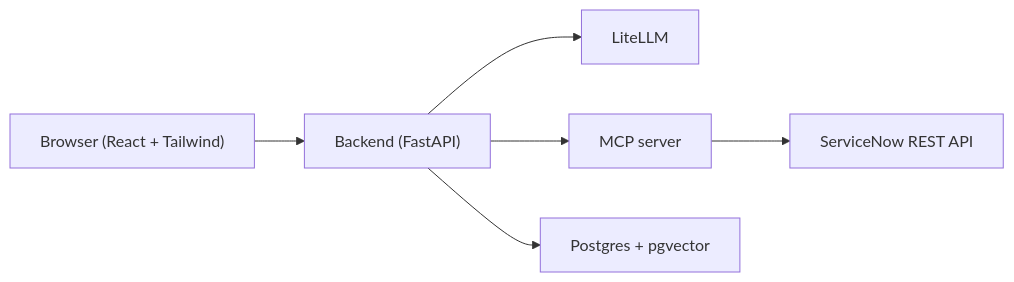
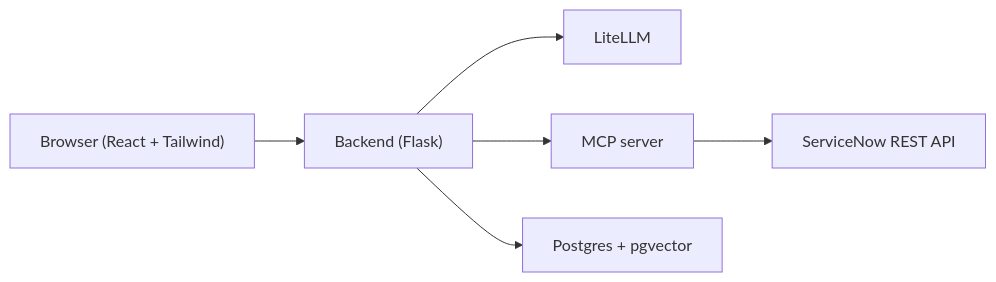
Before and after one commit to karastoyanov/InstanceMate: the diagram in README.md, drawn with Mermaid. The commit also changed other lines of this file and 1 other file, not shown here.

Commit message:
docs: switch planned backend from FastAPI to Flask (#4)

````diff
--- a/README.md
+++ b/README.md
@@ -7,15 +7,15 @@
 ```mermaid
 flowchart LR
     Browser["Browser (React + Tailwind)"]
-    Backend["Backend (FastAPI)"]
+    Backend["Backend (Flask)"]
     LiteLLM["LiteLLM"]
     MCP["MCP server"]
     SN["ServiceNow REST API"]
     PG["Postgres + pgvector"]
 
     Browser --> Backend
     Backend --> LiteLLM
     Backend --> MCP
     MCP --> SN
     Backend --> PG
 ```
````
